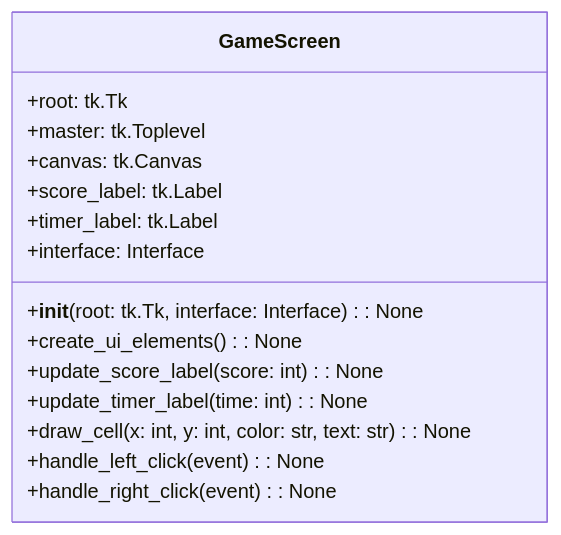
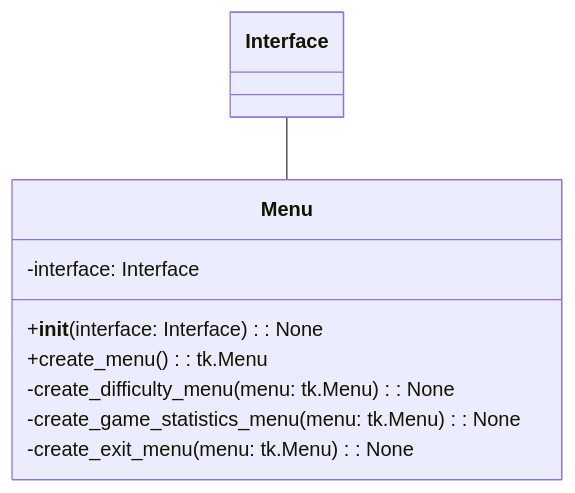
One commit to yu8ikmnbgt6y/chatgpt_minesweeper changed the third of 11 diagrams in docs/class_diagrams/init.md. Above: the diagram before and after it, drawn with Mermaid. The commit also changed other lines of this file and 2 other files, not shown here.

Commit message:
update class diagram

````diff
--- a/docs/class_diagrams/init.md
+++ b/docs/class_diagrams/init.md
@@ -36,19 +45,12 @@
 ```mermaid
 classDiagram
-    class GameScreen {
-        +root: tk.Tk
-        +master: tk.Toplevel
-        +canvas: tk.Canvas
-        +score_label: tk.Label
-        +timer_label: tk.Label
-        +interface: Interface
-
-        +__init__(root: tk.Tk, interface: Interface): None
-        +create_ui_elements(): None
-        +update_score_label(score: int): None
-        +update_timer_label(time: int): None
-        +draw_cell(x: int, y: int, color: str, text: str): None
-        +handle_left_click(event): None
-        +handle_right_click(event): None
+    class Menu {
+        -interface: Interface
+        +__init__(interface: Interface): None
+        +create_menu(): tk.Menu
+        -create_difficulty_menu(menu: tk.Menu): None
+        -create_game_statistics_menu(menu: tk.Menu): None
+        -create_exit_menu(menu: tk.Menu): None
     }
+    Interface -- Menu
 ```
````
